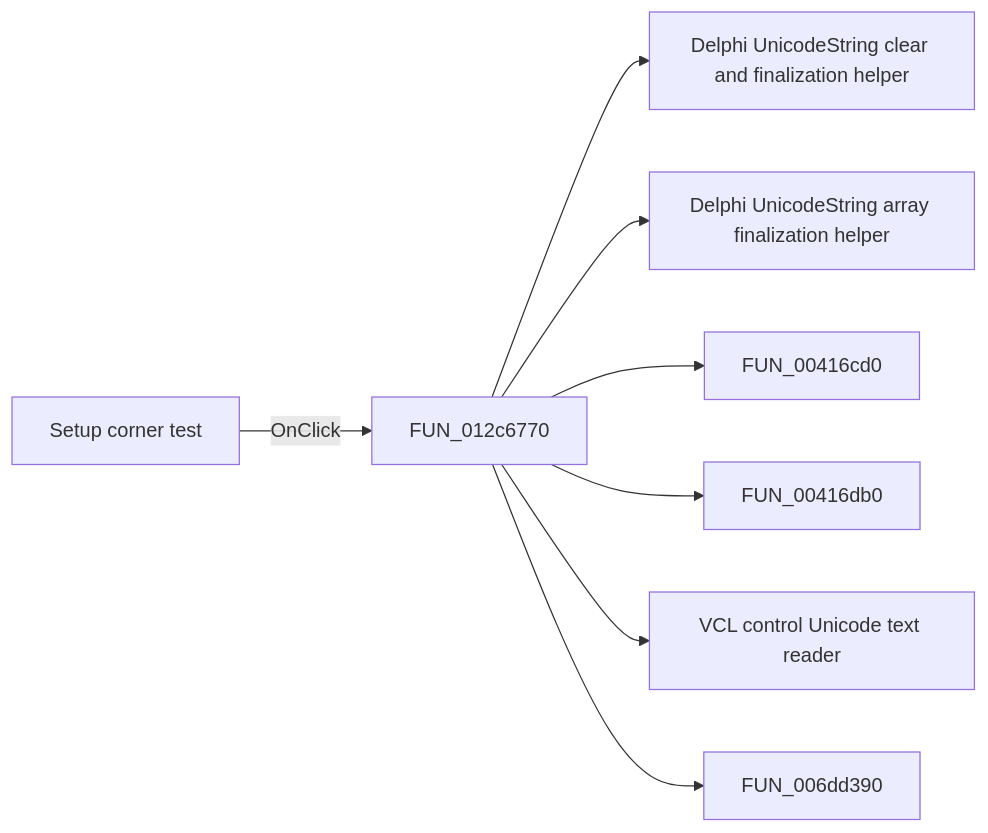
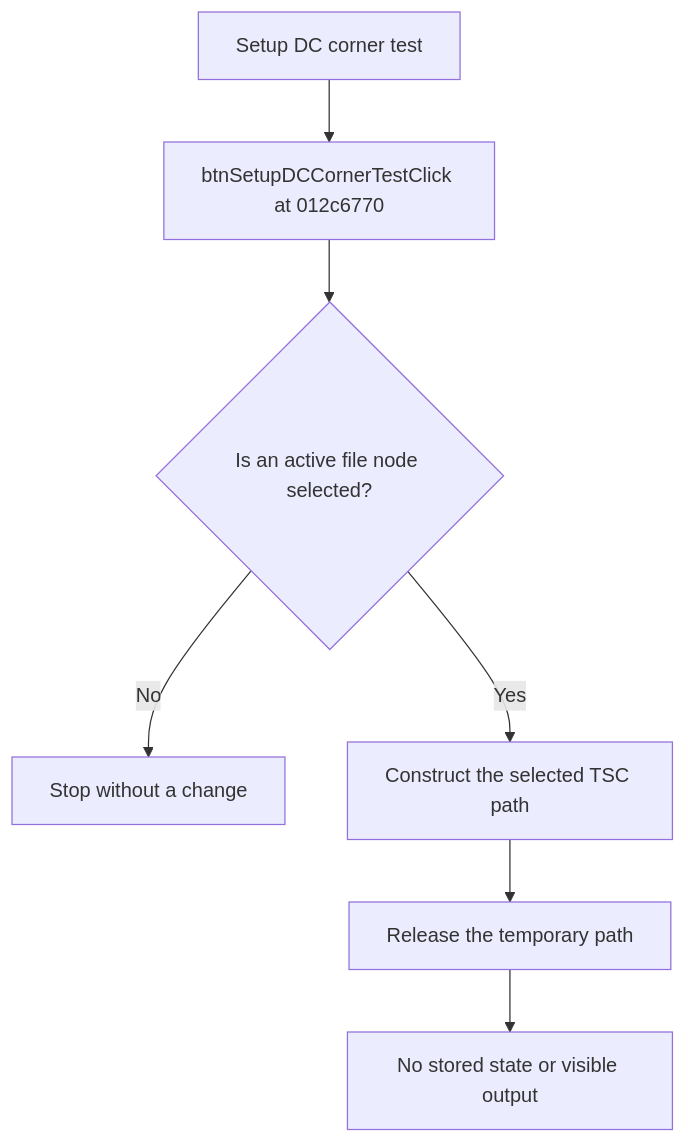
The diagram in docs/ui-controls/frmtestbencheditor/btnsetupdccornertest-d32bdde433.md (MovGP0/TIARA), drawn with Mermaid before and after one commit. The commit also changed other lines of this file and 387 other files, not shown here.

````diff
--- a/docs/ui-controls/frmtestbencheditor/btnsetupdccornertest-d32bdde433.md
+++ b/docs/ui-controls/frmtestbencheditor/btnsetupdccornertest-d32bdde433.md
@@ -27,10 +19,9 @@
 ```mermaid
-flowchart LR
-    control["Setup corner test"] -->|OnClick| handler["FUN_012c6770"]
-    handler --> call1["Delphi UnicodeString clear and finalization helper"]
-    handler --> call2["Delphi UnicodeString array finalization helper"]
-    handler --> call3["FUN_00416cd0"]
-    handler --> call4["FUN_00416db0"]
-    handler --> call5["VCL control Unicode text reader"]
-    handler --> call6["FUN_006dd390"]
+flowchart TD
+    control["Setup DC corner test"] --> handler["btnSetupDCCornerTestClick at 012c6770"]
+    handler --> selected{"Is an active file node selected?"}
+    selected -->|No| stop["Stop without a change"]
+    selected -->|Yes| path["Construct the selected TSC path"]
+    path --> release["Release the temporary path"]
+    release --> noEffect["No stored state or visible output"]
 ```
````
